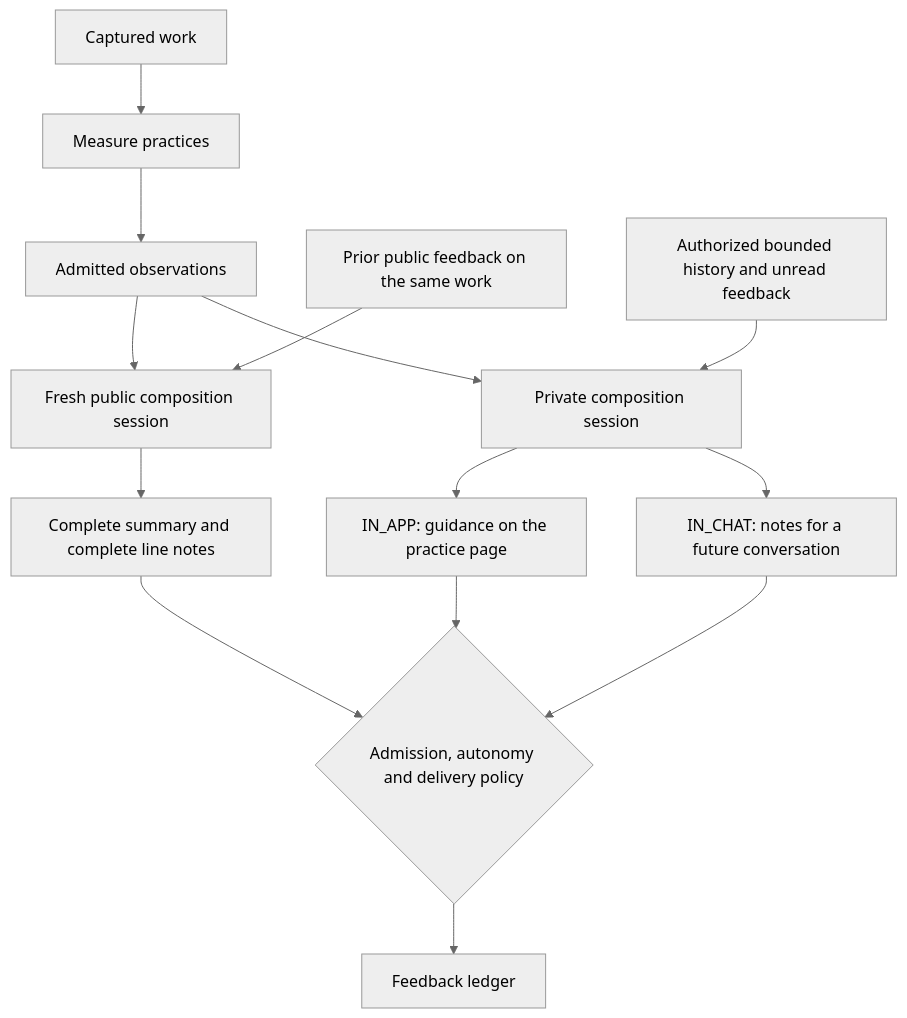
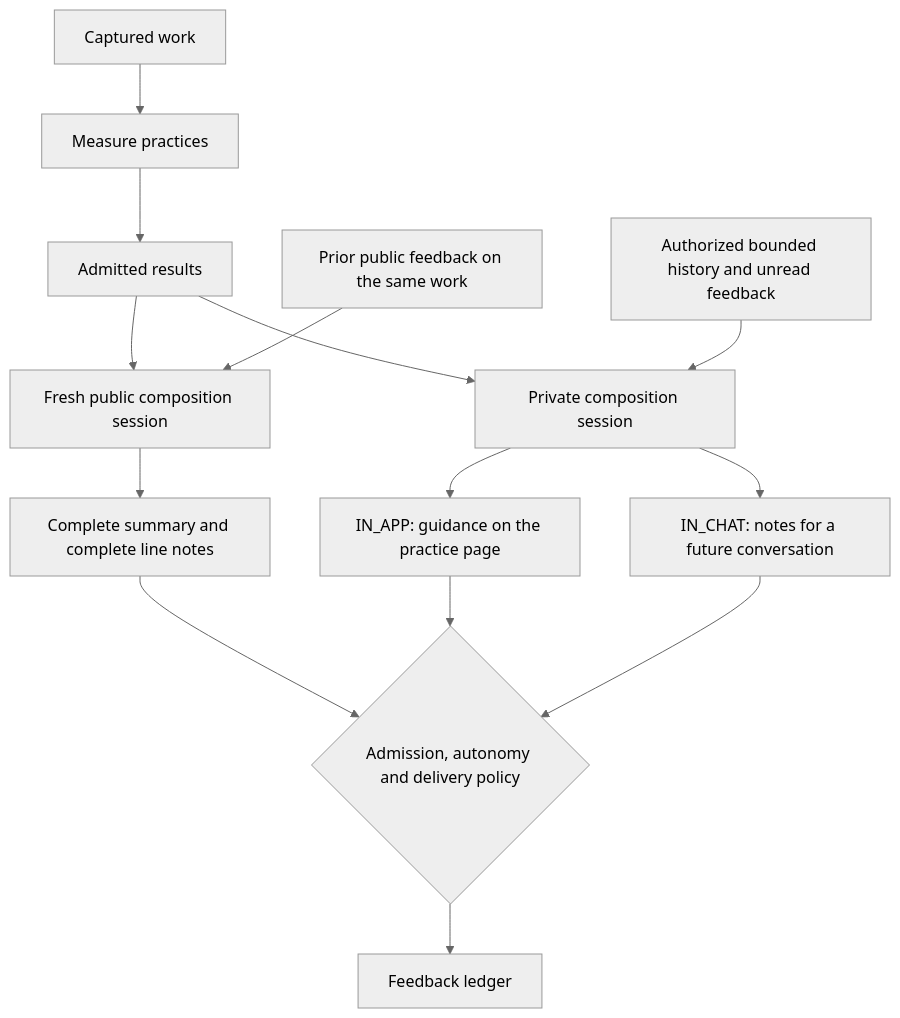
Before and after one commit to ls1intum/Hephaestus: the second of 2 diagrams in docs/contributor/practice-review-pipeline.mdx, drawn with Mermaid (neutral theme). The commit also changed other lines of this file and 58 other files, not shown here.

Commit message:
docs: practice scripts are the review program, with results and observations

````diff
--- a/docs/contributor/practice-review-pipeline.mdx
+++ b/docs/contributor/practice-review-pipeline.mdx
@@ -693,18 +709,18 @@
 ```mermaid
 flowchart TB
     accTitle: Public and private composition have separate inputs
-    accDescr: Admitted observations feed a public review of current work and separate private feedback from authorized history. The server admits each complete body before delivery.
+    accDescr: Admitted results feed a public review of current work and separate private feedback from authorized history. The server admits each complete body before delivery.
     work["Captured work"] --> measure["Measure practices"]
-    measure --> obs["Admitted observations"]
+    measure --> obs["Admitted results"]
     obs --> public["Fresh public composition session"]
     sameWork["Prior public feedback on the same work"] --> public
     public --> review["Complete summary and complete line notes"]
     obs --> private["Private composition session"]
     history["Authorized bounded history and unread feedback"] --> private
     private --> page["IN_APP: guidance on the practice page"]
     private --> chat["IN_CHAT: notes for a future conversation"]
     review --> gate{"Admission, autonomy and delivery policy"}
     page --> gate
     chat --> gate
     gate --> ledger["Feedback ledger"]
 ```
````
